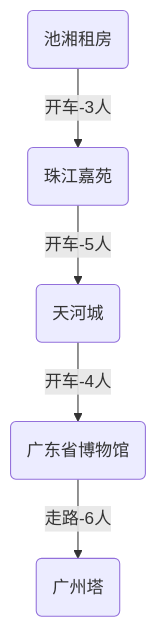
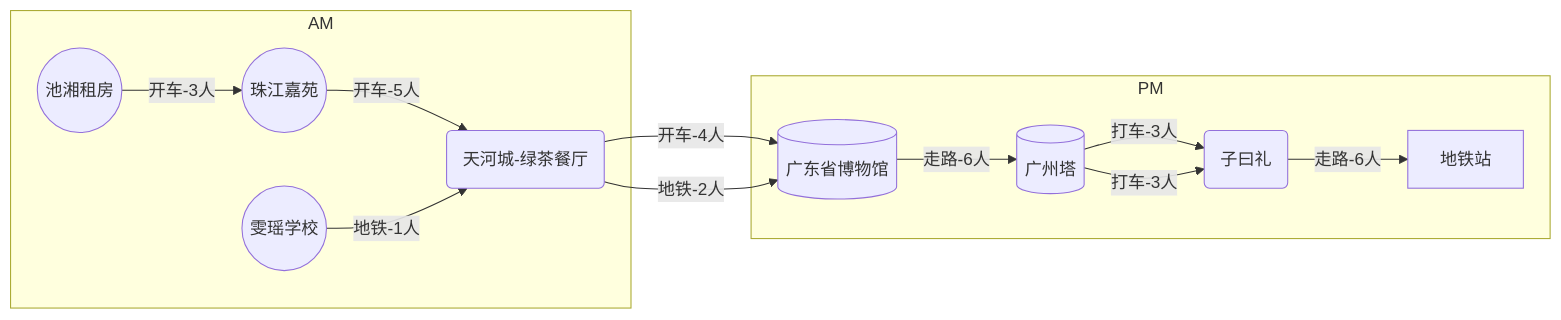
One commit to VicoGao15/VicoBlog changed the diagram in source/wiki/2025/2025-3.md. Above: the diagram before and after it, drawn with Mermaid. The commit also changed other lines of this file and 1 other file, not shown here.

Commit message:
使用绘图工具Mermaid

````diff
--- a/source/wiki/2025/2025-3.md
+++ b/source/wiki/2025/2025-3.md
@@ -81,7 +81,16 @@
 ```mermaid
-graph TD;
-A(池湘租房) -->|开车-3人| B(珠江嘉苑);
-B -->|开车-5人| C(天河城);
-C -->|开车-4人| D(广东省博物馆);
-D -->|走路-6人| E(广州塔);
+graph LR;
+subgraph AM;
+A((池湘租房)) -->|开车-3人| B((珠江嘉苑));
+B -->|开车-5人| C(天河城-绿茶餐厅);
+F((雯瑶学校)) --> |地铁-1人|C;
+end;
+subgraph PM;
+C -->|开车-4人| D[(广东省博物馆)];
+C -->|地铁-2人| D;
+D -->|走路-6人| E[(广州塔)];
+E -->|打车-3人| G(子曰礼);
+E -->|打车-3人| G;
+G -->|走路-6人| H[地铁站];
+end;
 ```
````
